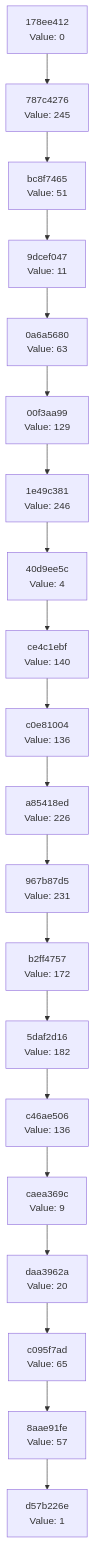
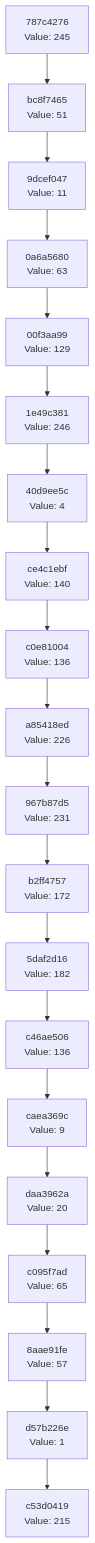
The diagram in docs/CHAIN_VISUALIZATION.md (Abhisheksinha1506/hash-chain-evolver), drawn with Mermaid before and after one commit. The commit also changed 1 other file, not shown here.

Commit message:
Evolution Step

````diff
--- a/docs/CHAIN_VISUALIZATION.md
+++ b/docs/CHAIN_VISUALIZATION.md
@@ -3,42 +3,42 @@
 ```mermaid
 graph TD
-    C0["d57b226e<br/>Value: 1"]
-    C1["8aae91fe<br/>Value: 57"]
+    C0["c53d0419<br/>Value: 215"]
+    C1["d57b226e<br/>Value: 1"]
     C1 --> C0
-    C2["c095f7ad<br/>Value: 65"]
+    C2["8aae91fe<br/>Value: 57"]
     C2 --> C1
-    C3["daa3962a<br/>Value: 20"]
+    C3["c095f7ad<br/>Value: 65"]
     C3 --> C2
-    C4["caea369c<br/>Value: 9"]
+    C4["daa3962a<br/>Value: 20"]
     C4 --> C3
-    C5["c46ae506<br/>Value: 136"]
+    C5["caea369c<br/>Value: 9"]
     C5 --> C4
-    C6["5daf2d16<br/>Value: 182"]
+    C6["c46ae506<br/>Value: 136"]
     C6 --> C5
-    C7["b2ff4757<br/>Value: 172"]
+    C7["5daf2d16<br/>Value: 182"]
     C7 --> C6
-    C8["967b87d5<br/>Value: 231"]
+    C8["b2ff4757<br/>Value: 172"]
     C8 --> C7
-    C9["a85418ed<br/>Value: 226"]
+    C9["967b87d5<br/>Value: 231"]
     C9 --> C8
-    C10["c0e81004<br/>Value: 136"]
+    C10["a85418ed<br/>Value: 226"]
     C10 --> C9
-    C11["ce4c1ebf<br/>Value: 140"]
+    C11["c0e81004<br/>Value: 136"]
     C11 --> C10
-    C12["40d9ee5c<br/>Value: 4"]
+    C12["ce4c1ebf<br/>Value: 140"]
     C12 --> C11
-    C13["1e49c381<br/>Value: 246"]
+    C13["40d9ee5c<br/>Value: 4"]
     C13 --> C12
-    C14["00f3aa99<br/>Value: 129"]
+    C14["1e49c381<br/>Value: 246"]
     C14 --> C13
-    C15["0a6a5680<br/>Value: 63"]
+    C15["00f3aa99<br/>Value: 129"]
     C15 --> C14
-    C16["9dcef047<br/>Value: 11"]
+    C16["0a6a5680<br/>Value: 63"]
     C16 --> C15
-    C17["bc8f7465<br/>Value: 51"]
+    C17["9dcef047<br/>Value: 11"]
     C17 --> C16
-    C18["787c4276<br/>Value: 245"]
+    C18["bc8f7465<br/>Value: 51"]
     C18 --> C17
-    C19["178ee412<br/>Value: 0"]
+    C19["787c4276<br/>Value: 245"]
     C19 --> C18
 ```
````
